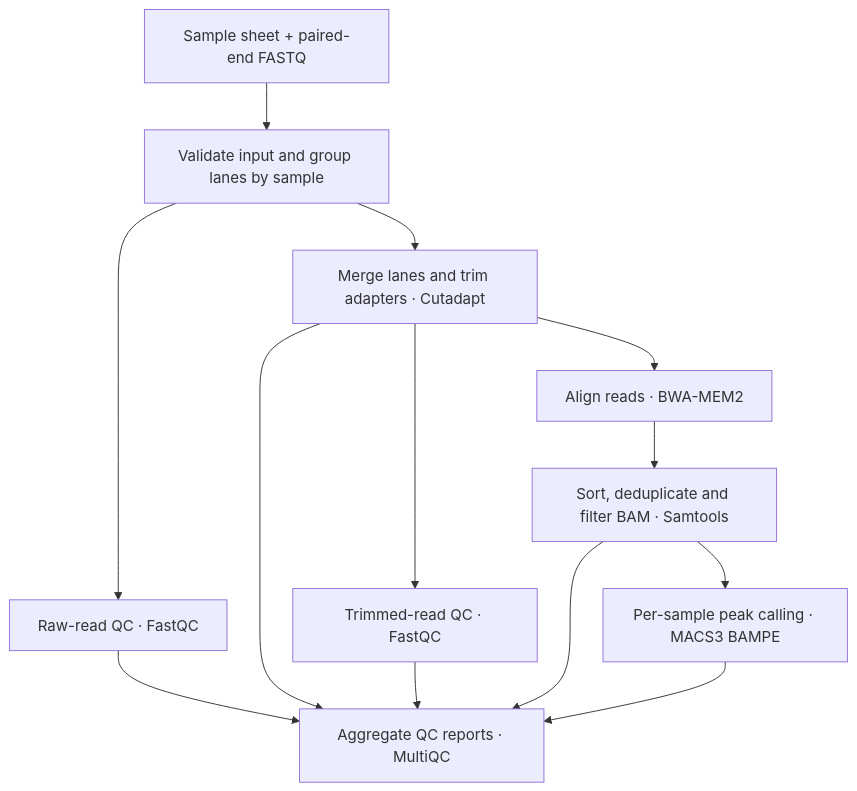
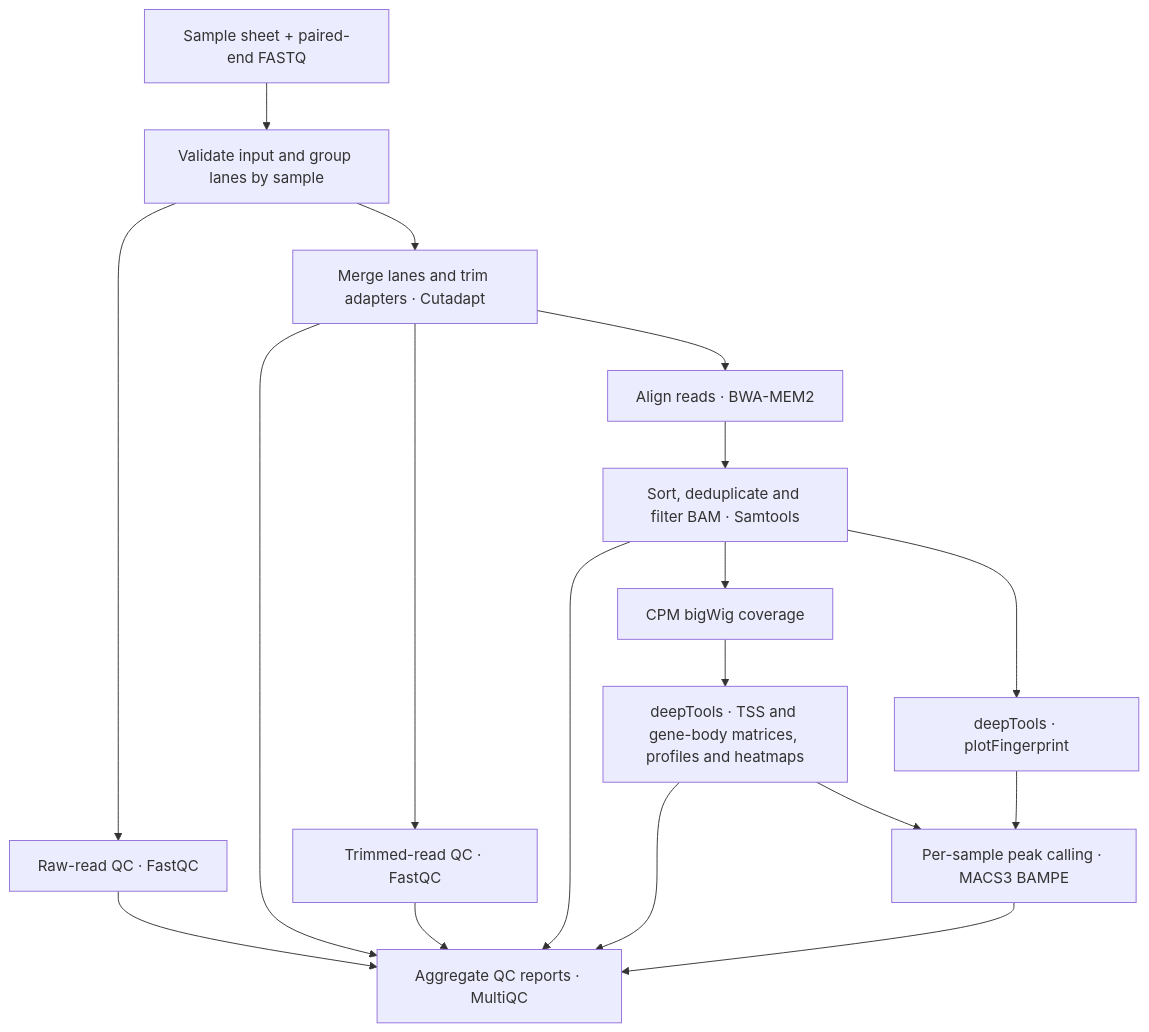
One commit to Haoyu-Ding/dmagna_atac changed the diagram in README.md. Above: the diagram before and after it, drawn with Mermaid. The commit also changed other lines of this file and 10 other files, not shown here.

Commit message:
Add ATAC-seq filtering and deepTools QC

````diff
--- a/README.md
+++ b/README.md
@@ -11,15 +11,20 @@
 ```mermaid
 flowchart TD
     A["Sample sheet + paired-end FASTQ"] --> B["Validate input and group lanes by sample"]
     B --> C["Raw-read QC · FastQC"]
     B --> D["Merge lanes and trim adapters · Cutadapt"]
     D --> E["Trimmed-read QC · FastQC"]
     D --> F["Align reads · BWA-MEM2"]
     F --> G["Sort, deduplicate and filter BAM · Samtools"]
-    G --> H["Per-sample peak calling · MACS3 BAMPE"]
-    C --> I["Aggregate QC reports · MultiQC"]
-    D --> I
-    E --> I
-    G --> I
-    H --> I
+    G --> H["CPM bigWig coverage"]
+    H --> I["deepTools · TSS and gene-body matrices, profiles and heatmaps"]
+    G --> J["deepTools · plotFingerprint"]
+    I --> K["Per-sample peak calling · MACS3 BAMPE"]
+    C --> L["Aggregate QC reports · MultiQC"]
+    D --> L
+    E --> L
+    G --> L
+    I --> L
+    J --> K
+    K --> L
 ```
````
